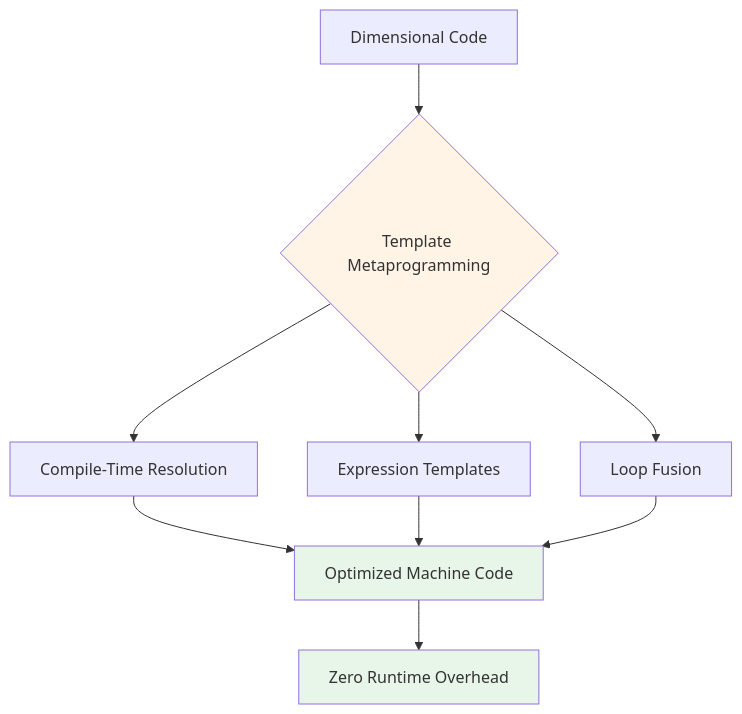
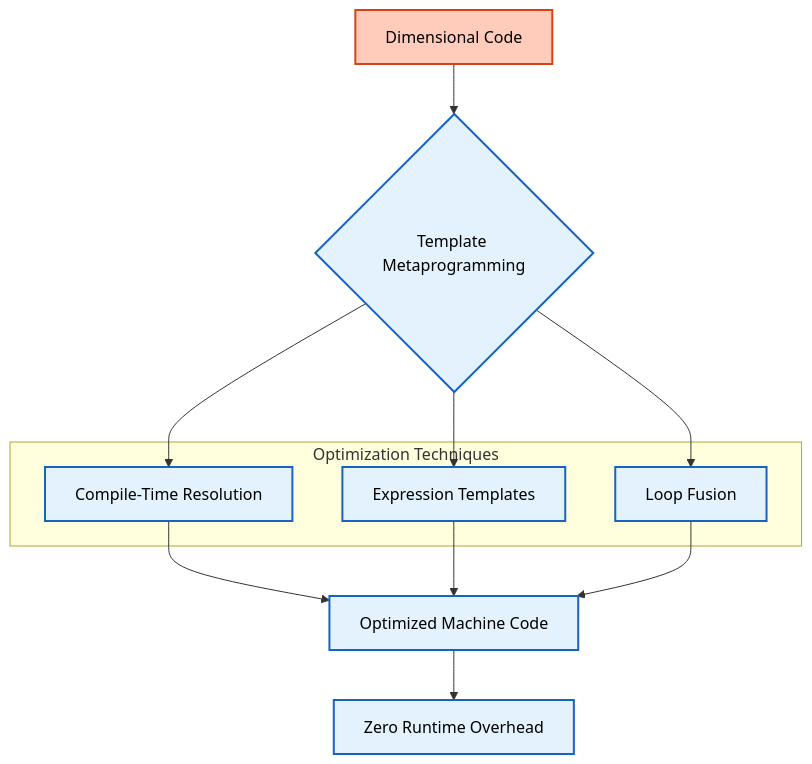
One commit to wramet/build-my-cfd changed the fifth of 5 diagrams in MODULE_05_OPENFOAM_PROGRAMMING/CONTENT/02_DIMENSIONED_TYPES/06_Engineering_Benefits.md. Above: the diagram before and after it, drawn with Mermaid. The commit also changed other lines of this file and 313 other files, not shown here.

Commit message:
Revise all diagram

````diff
--- a/MODULE_05_OPENFOAM_PROGRAMMING/CONTENT/02_DIMENSIONED_TYPES/06_Engineering_Benefits.md
+++ b/MODULE_05_OPENFOAM_PROGRAMMING/CONTENT/02_DIMENSIONED_TYPES/06_Engineering_Benefits.md
@@ -652,17 +698,24 @@
 ```mermaid
 flowchart TD
-    A[Dimensional Code] --> B{Template Metaprogramming}
-    B --> C[Compile-Time Resolution]
-    B --> D[Expression Templates]
-    B --> E[Loop Fusion]
+%% Classes
+classDef explicit fill:#ffccbc,stroke:#d84315,stroke-width:2px,color:#000
+classDef implicit fill:#e3f2fd,stroke:#1565c0,stroke-width:2px,color:#000
 
-    C --> F[Optimized Machine Code]
-    D --> F
-    E --> F
+A[Dimensional Code]:::explicit --> B{Template Metaprogramming}:::implicit
 
-    F --> G[Zero Runtime Overhead]
+subgraph Techniques["Optimization Techniques"]
+    C[Compile-Time Resolution]:::implicit
+    D[Expression Templates]:::implicit
+    E[Loop Fusion]:::implicit
+end
 
-    style B fill:#fff4e6
-    style F fill:#e8f5e9
-    style G fill:#e8f5e9
+B --> C
+B --> D
+B --> E
+
+C --> F[Optimized Machine Code]:::implicit
+D --> F
+E --> F
+
+F --> G[Zero Runtime Overhead]:::implicit
 ```
````
